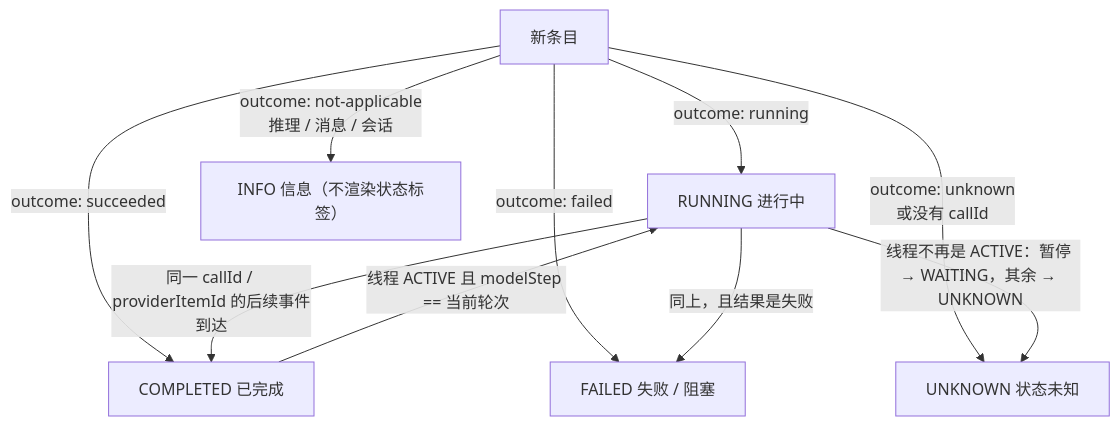
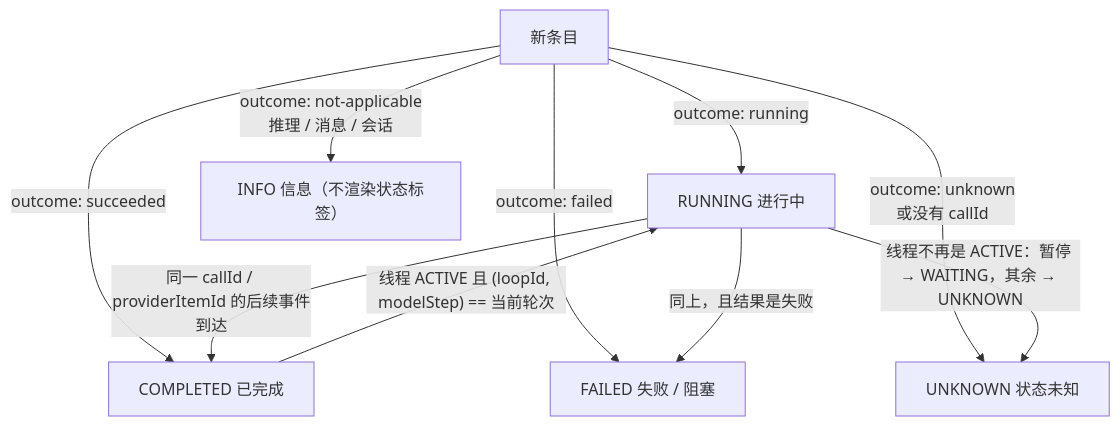
Before and after one commit to DigitalMarsh/pipeline-factory: the fourth of 10 diagrams in docs/消息类型及事件状态机流程图.md, drawn with Mermaid. The commit also changed other lines of this file and 8 other files, not shown here.

````diff
--- a/docs/消息类型及事件状态机流程图.md
+++ b/docs/消息类型及事件状态机流程图.md
@@ -998,12 +998,12 @@
 ```mermaid
 flowchart TD
   N["新条目"] -->|"outcome: running"| RUN["RUNNING 进行中"]
   N -->|"outcome: succeeded"| DONE["COMPLETED 已完成"]
   N -->|"outcome: failed"| FAIL["FAILED 失败 / 阻塞"]
   N -->|"outcome: unknown<br/>或没有 callId"| UNK["UNKNOWN 状态未知"]
   N -->|"outcome: not-applicable<br/>推理 / 消息 / 会话"| INFO["INFO 信息（不渲染状态标签）"]
   RUN -->|"同一 callId / providerItemId 的后续事件到达"| DONE
   RUN -->|"同上，且结果是失败"| FAIL
   RUN -->|"线程不再是 ACTIVE：暂停 → WAITING，其余 → UNKNOWN"| UNK
-  DONE -->|"线程 ACTIVE 且 modelStep == 当前轮次"| RUN
+  DONE -->|"线程 ACTIVE 且 (loopId, modelStep) == 当前轮次"| RUN
 ```
````
